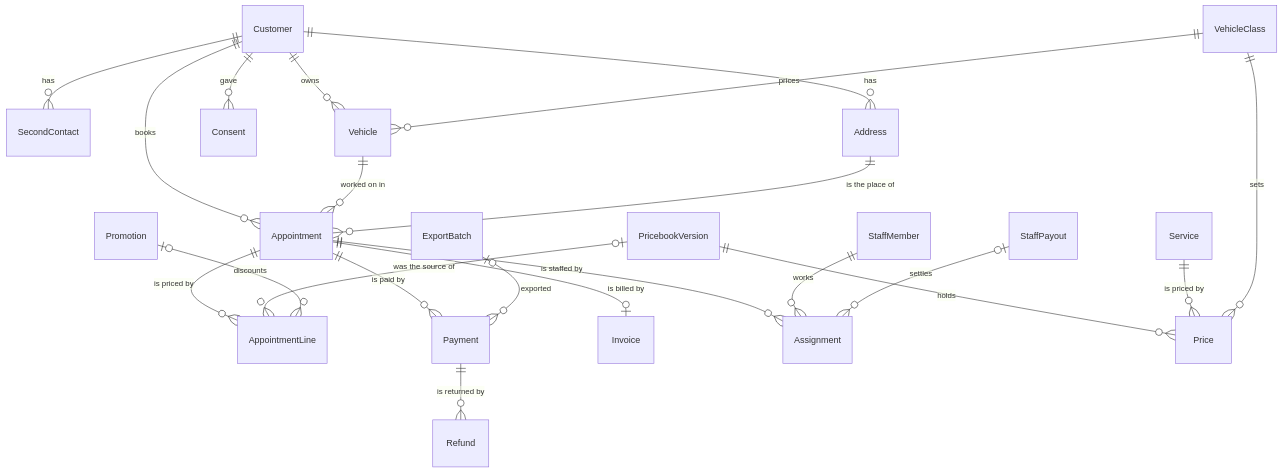
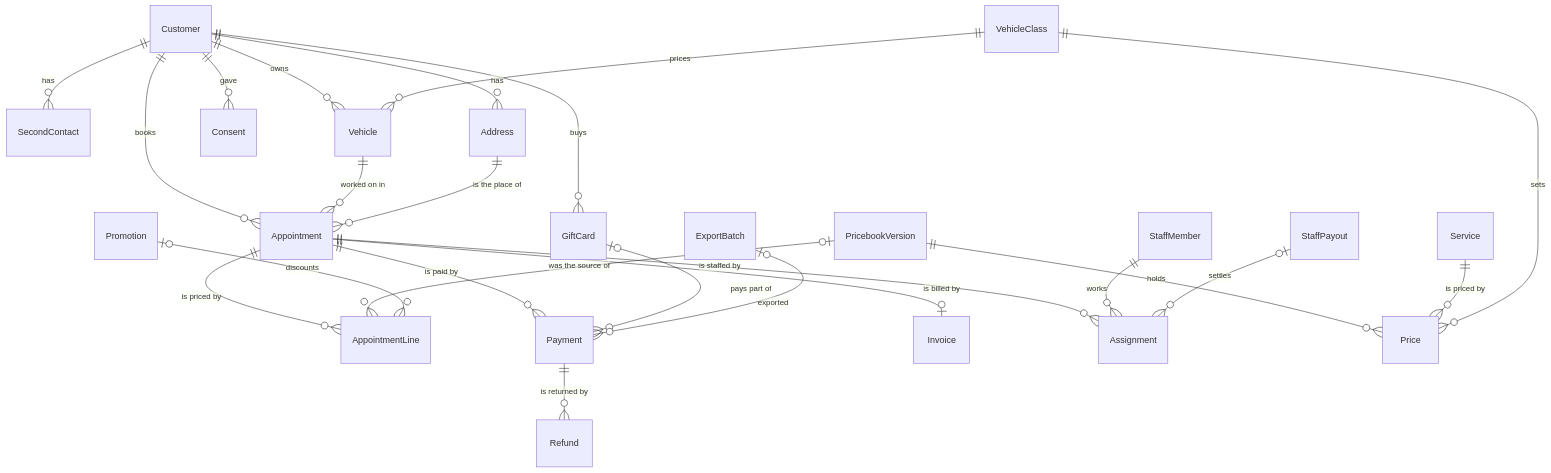
One commit to UninterestingUser/Dixie-Detail-portfolio changed the diagram in docs/architecture/data-model.md. Above: the diagram before and after it, drawn with Mermaid. The commit also changed other lines of this file and 13 other files, not shown here.

````diff
--- a/docs/architecture/data-model.md
+++ b/docs/architecture/data-model.md
@@ -18,24 +18,26 @@
 ```mermaid
 erDiagram
     Customer ||--o{ SecondContact : "has"
     Customer ||--o{ Address : "has"
     Customer ||--o{ Consent : "gave"
     Customer ||--o{ Vehicle : "owns"
     Customer ||--o{ Appointment : "books"
     VehicleClass ||--o{ Vehicle : "prices"
     Vehicle ||--o{ Appointment : "worked on in"
     Address ||--o{ Appointment : "is the place of"
     Appointment ||--o{ AppointmentLine : "is priced by"
     Appointment ||--o{ Payment : "is paid by"
     Appointment ||--o| Invoice : "is billed by"
     Appointment ||--o{ Assignment : "is staffed by"
     StaffMember ||--o{ Assignment : "works"
     StaffPayout |o--o{ Assignment : "settles"
     PricebookVersion ||--o{ Price : "holds"
     Service ||--o{ Price : "is priced by"
     VehicleClass ||--o{ Price : "sets"
     PricebookVersion |o--o{ AppointmentLine : "was the source of"
     Promotion |o--o{ AppointmentLine : "discounts"
     Payment ||--o{ Refund : "is returned by"
+    Customer ||--o{ GiftCard : "buys"
+    GiftCard |o--o{ Payment : "pays part of"
     ExportBatch |o--o{ Payment : "exported"
 ```
````
